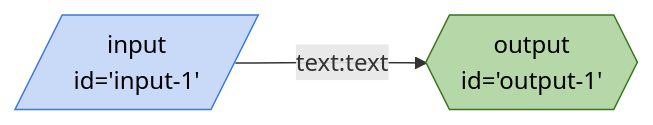
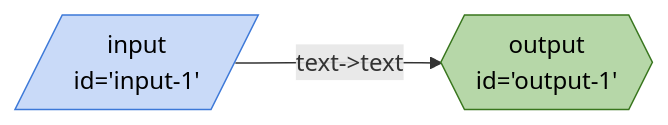
The tenth of 11 diagrams in seeds/graph-runner/docs/graphs/tests-data.md (breadboard-ai/breadboard), drawn with Mermaid before and after one commit. The commit also changed other lines of this file and 12 other files, not shown here.

Commit message:
[graph-runner] Add a simple loop test.

````diff
--- a/seeds/graph-runner/docs/graphs/tests-data.md
+++ b/seeds/graph-runner/docs/graphs/tests-data.md
@@ -150,15 +158,13 @@
 ```mermaid
 %%{init: 'themeVariables': { 'fontFamily': 'Fira Code, monospace' }}%%
 graph LR;
-input1[/"input
-id='input-1'"/]:::input -- text:text --> output1{{"output
-id='output-1'"}}:::output
+input1[/"input <br> id='input-1'"/]:::input -- "text->text" --> output1{{"output <br> id='output-1'"}}:::output
 classDef default stroke:#ffab40,fill:#fff2ccff,color:#000
 classDef input stroke:#3c78d8,fill:#c9daf8ff,color:#000
 classDef output stroke:#38761d,fill:#b6d7a8ff,color:#000
 classDef passthrough stroke:#a64d79,fill:#ead1dcff,color:#000
 classDef slot stroke:#a64d79,fill:#ead1dcff,color:#000
 classDef config stroke:#a64d79,fill:#ead1dcff,color:#000
 classDef secrets stroke:#db4437,fill:#f4cccc,color:#000
 classDef slotted stroke:#a64d79
 ```
````
